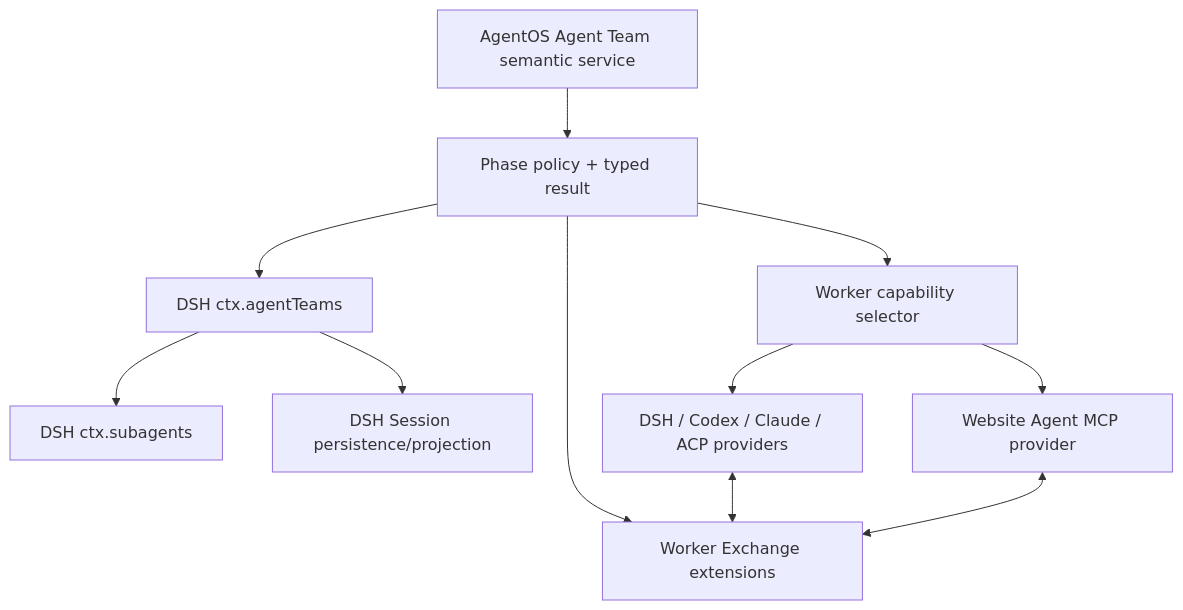
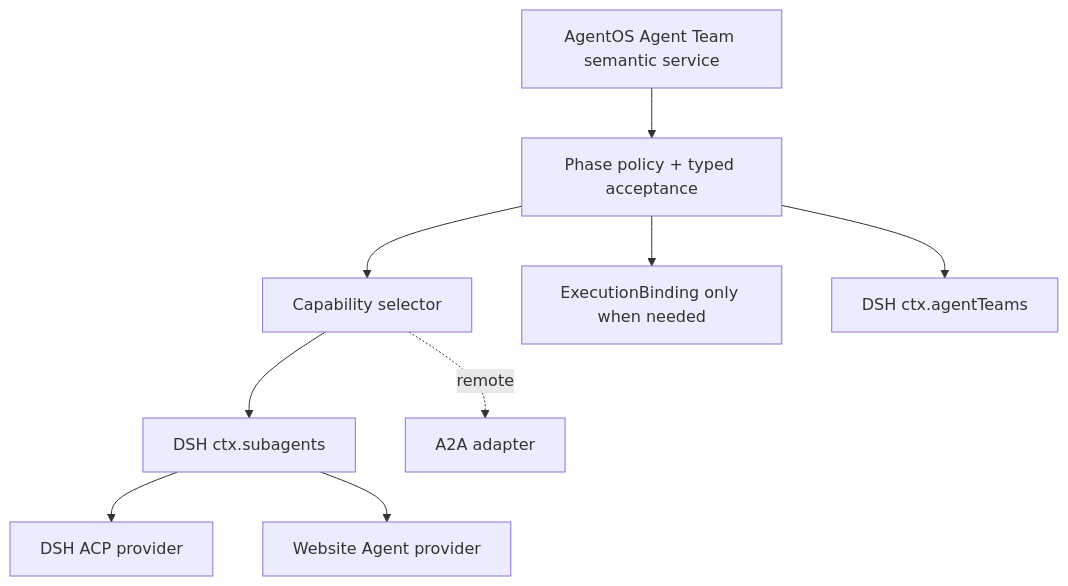
One commit to tsuuanmi/AgentOS changed the diagram in docs/architecture/plugins/agent-team/README.md. Above: the diagram before and after it, drawn with Mermaid. The commit also changed other lines of this file, not shown here.

Commit message:
docs: reduce Agent Team to policy over DSH ACP A2A providers

```diff
--- a/docs/architecture/plugins/agent-team/README.md
+++ b/docs/architecture/plugins/agent-team/README.md
@@ -45,26 +46,23 @@
 ~~~mermaid
 flowchart TB
     API[AgentOS Agent Team semantic service]
-    Phase[Phase policy + typed result]
-    Select[Worker capability selector]
-    Exchange[Worker Exchange extensions]
+    Phase[Phase policy + typed acceptance]
+    Select[Capability selector]
+    Binding[ExecutionBinding only when needed]
 
     DSHAT[DSH ctx.agentTeams]
     Sub[DSH ctx.subagents]
-    Session[DSH Session persistence/projection]
-    Providers[DSH / Codex / Claude / ACP providers]
-    Web[Website Agent MCP provider]
+    ACP[DSH ACP provider]
+    Website[Website Agent provider]
+    A2A[A2A adapter]
 
     API --> Phase
     Phase --> Select
     Phase --> DSHAT
-    Phase --> Exchange
+    Phase --> Binding
 
-    DSHAT --> Sub
-    DSHAT --> Session
-    Select --> Providers
-    Select --> Web
-
-    Providers <--> Exchange
-    Web <--> Exchange
+    Select --> Sub
+    Sub --> ACP
+    Sub --> Website
+    Select -. remote .-> A2A
 ~~~
```
